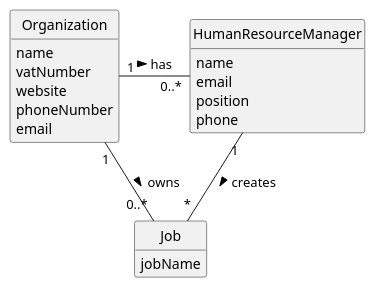
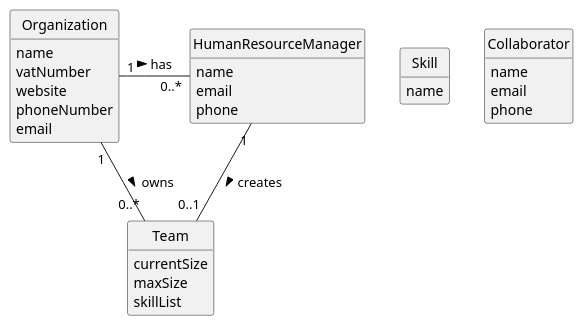
The diagram in docs/sprintA/us005/02.analysis/puml/us05-domain-model.puml (yusufyilmaz00/Integral-Project-ISEP), drawn with PlantUML before and after one commit.

Commit message:
update file : Some classes added and position attribute of HumanResourceManager deleted

```diff
--- a/docs/sprintA/us005/02.analysis/puml/us05-domain-model.puml
+++ b/docs/sprintA/us005/02.analysis/puml/us05-domain-model.puml
@@ -1,52 +1,63 @@
 @startuml
 skinparam monochrome true
 skinparam packageStyle rectangle
 skinparam shadowing false
 
 'left to right direction
 
 skinparam classAttributeIconSize 0
 
 hide circle
 hide methods
 
 'title Domain Model
 
 'class Platform {
 '  -description
 '}
 
 class Organization {
     name
     vatNumber
     website
     phoneNumber
     email
 }
 
-class Job {
-    jobName
+class Team {
+    currentSize
+    maxSize
+    skillList
+}
+
+class Skill{
+    name
+    }
+
+class Collaborator {
+    name
+    email
+    phone
 }
 
 class HumanResourceManager {
     name
     email
-    position
     phone
 }
 
 'class User {
 '    name
 '    email
 '    password
 '}
 
 'Platform "1" -- "*" Organization : has registered >
 'Platform "1" -- "*" Category : defines >
 Organization "1" - "0..*" HumanResourceManager : has >
-Organization "1" - "0..*" Job: owns >
+Organization "1" - "0..*" Team: owns >
 'Task "*" -- "1" HumanResourceManager: created by >
-HumanResourceManager "1" -- "*" Job : creates >
+HumanResourceManager "1" -- "0..1" Team : creates >
 'HumanResourceManager "0..1" -- "1" User: acts as >
 
 @enduml
```
